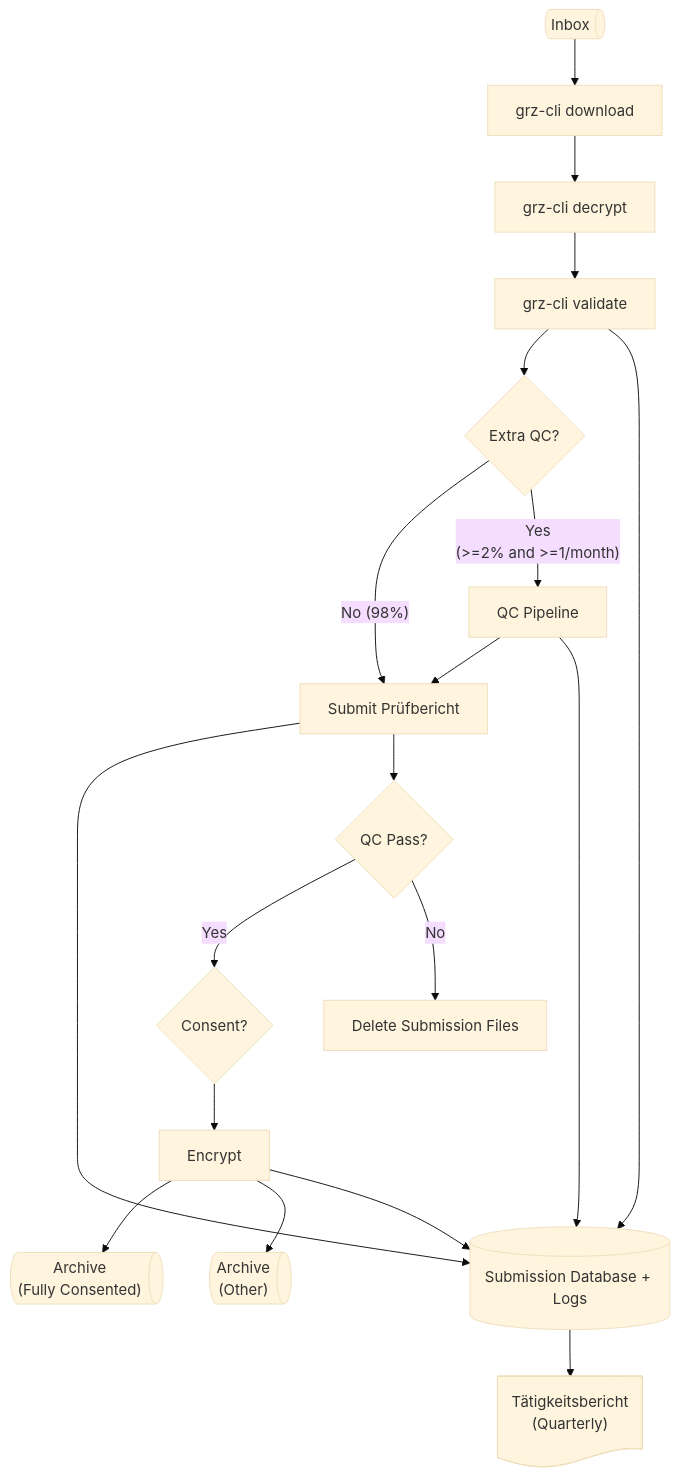
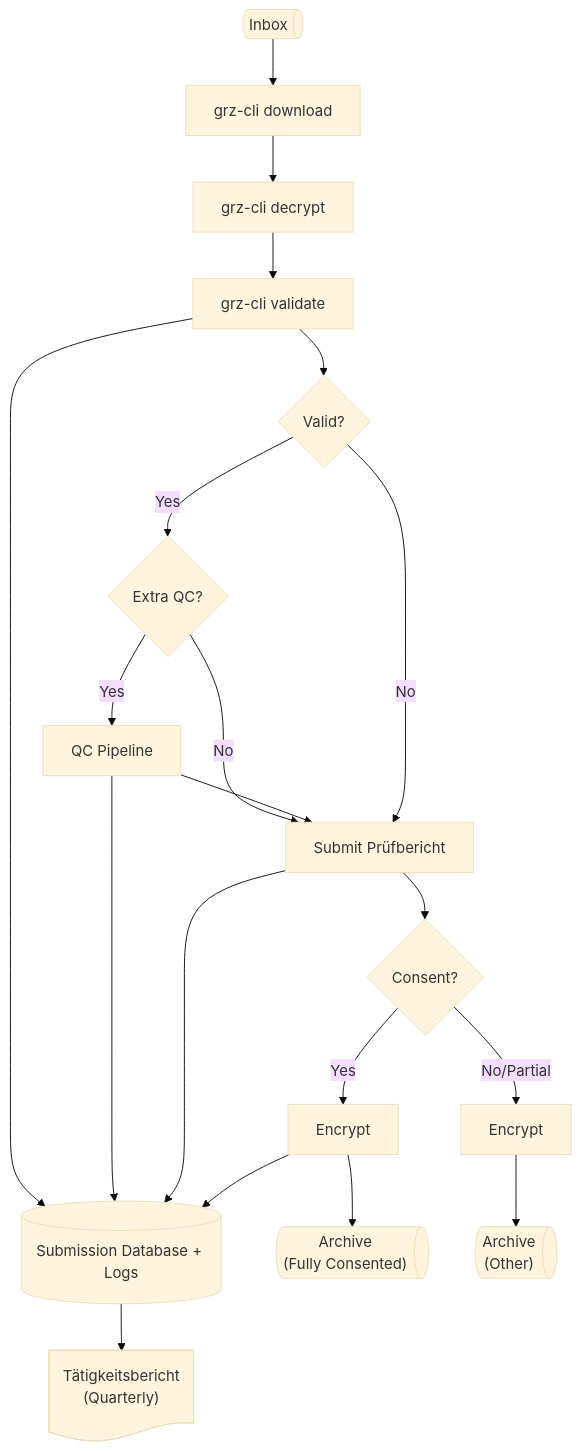
The first of 2 diagrams in docs/design.md (twrightsman/grz-watchdog), drawn with Mermaid (base theme) before and after one commit. The commit also changed other lines of this file, not shown here.

````diff
--- a/docs/design.md
+++ b/docs/design.md
@@ -5,32 +8,34 @@
 ```mermaid
 flowchart TD
     n1["Inbox"] --> n2["grz-cli download"]
     n2 --> n3["grz-cli decrypt"]
     n3 --> n4["grz-cli validate"]
-    n4 --> n5["Extra QC?"] & n12["Submission Database + Logs"]
-    n5 -- No (98%) --> n6["Submit Prüfbericht"]
-    n5 -- "Yes<br>(&gt;=2% and &gt;=1/month)" --> n7["QC Pipeline"]
+    n4 --> n12["Submission Database + Logs"] & n15["Valid?"]
+    n5["Extra QC?"] -- No --> n6["Submit Prüfbericht"]
+    n5 -- "Yes" --> n7["QC Pipeline"]
     n7 --> n6 & n12
-    n6 --> n12 & n14["QC Pass?"]
-    n9["Consent?"] --> n11["Encrypt"]
-    n11 --> n8["Archive<br>(Fully Consented)"] & n10["Archive<br>(Other)"] & n12
+    n6 --> n12 & n9["Consent?"]
+    n9 -- Yes --> n11["Encrypt"]
+    n9 -- No/Partial --> n14["Encrypt"]
+    n11 --> n8["Archive<br>(Fully Consented)"] & n12
     n12 --> n13["Tätigkeitsbericht<br>(Quarterly)"]
-    n14 -- Yes --> n9
-    n14 -- No  --> n15["Delete Submission Files"]
+    n14 --> n10["Archive<br>(Other)"]
+    n15 -- Yes --> n5
+    n15 -- No  --> n6
 
     n1@{ shape: das}
     n2@{ shape: proc}
     n3@{ shape: proc}
     n4@{ shape: proc}
+    n12@{ shape: db}
+    n15@{ shape: decision}
     n5@{ shape: decision}
-    n12@{ shape: db}
     n6@{ shape: proc}
     n7@{ shape: proc}
-    n14@{ shape: decision}
     n9@{ shape: decision}
     n11@{ shape: proc}
+    n14@{ shape: proc}
     n8@{ shape: das}
+    n13@{ shape: doc}
     n10@{ shape: das}
-    n13@{ shape: doc}
-    n15@{ shape: proc}
 ```
````
